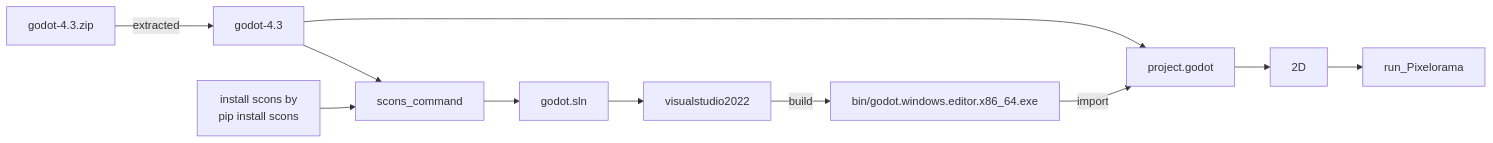
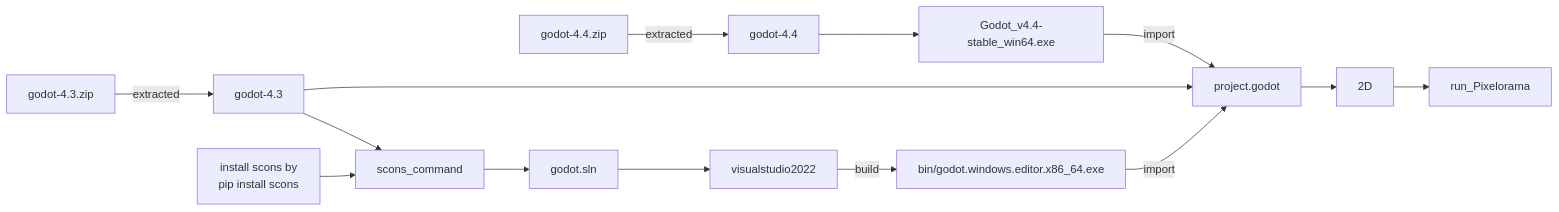
One commit to jamad/Pixelorama changed the diagram in README.md. Above: the diagram before and after it, drawn with Mermaid.

````diff
--- a/README.md
+++ b/README.md
@@ -15,12 +15,13 @@
 ```mermaid
 
 graph LR
 
+godot-4.4.zip -- extracted --> godot-4.4 --> Godot_v4.4-stable_win64.exe --import --> project.godot
 godot-4.3.zip -- extracted --> godot-4.3 --> scons_command -->  godot.sln --> visualstudio2022 -- build -->exe["bin/godot.windows.editor.x86_64.exe"]
 scons["install scons by <br>pip install scons"] --> scons_command
 
 godot-4.3 -->project.godot
 
 exe --import --> project.godot --> 2D --> run_Pixelorama 
 
 ```
````
